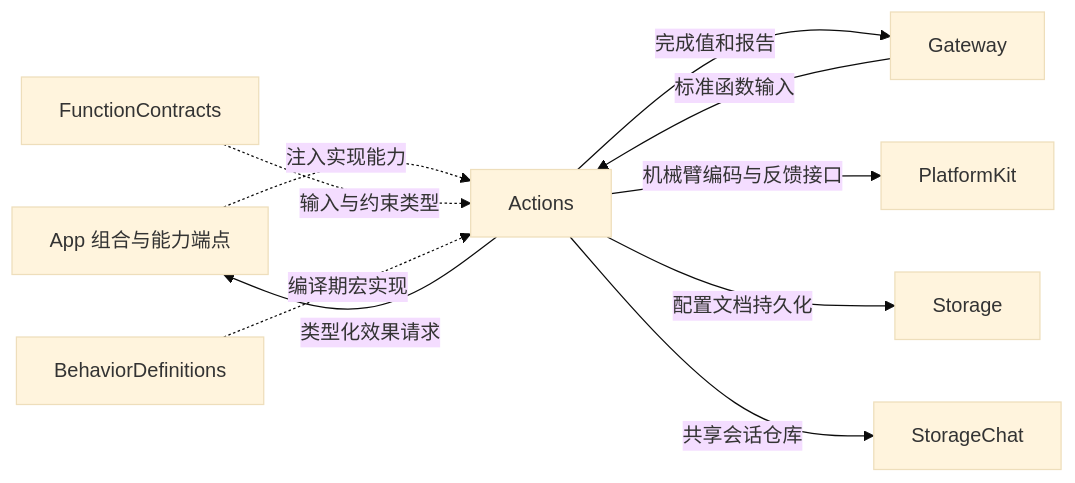
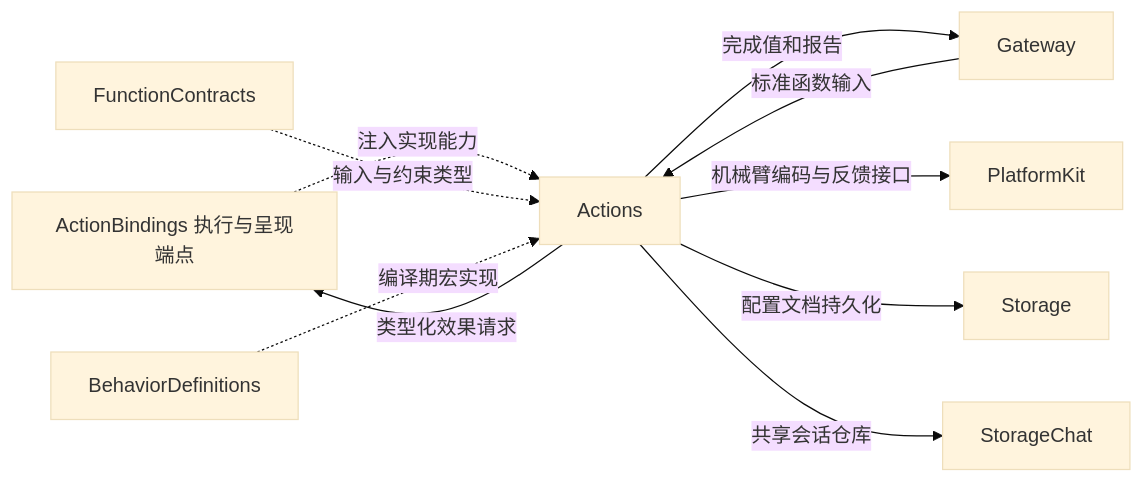
One commit to devilyouwei/MobileHarness changed the first of 2 diagrams in MobileHarness/Actions/README.md. Above: the diagram before and after it, drawn with Mermaid (base theme). The commit also changed other lines of this file and 254 other files, not shown here.

First line of the commit message:
refactor: isolate app composition and module bindings

````diff
--- a/MobileHarness/Actions/README.md
+++ b/MobileHarness/Actions/README.md
@@ -17,12 +17,12 @@
 ```mermaid
 flowchart LR
-    Host[App 组合与能力端点] -.->|注入实现能力| A[Actions]
+    Host[ActionBindings 执行与呈现端点] -.->|注入实现能力| A[Actions]
     A -->|类型化效果请求| Host
     Gateway -->|标准函数输入| A
     A -->|完成值和报告| Gateway
     A -->|机械臂编码与反馈接口| PlatformKit
     A -->|配置文档持久化| Storage
     A -->|共享会话仓库| StorageChat
     Contracts[FunctionContracts] -.->|输入与约束类型| A
     Macros[BehaviorDefinitions] -.->|编译期宏实现| A
 ```
````
